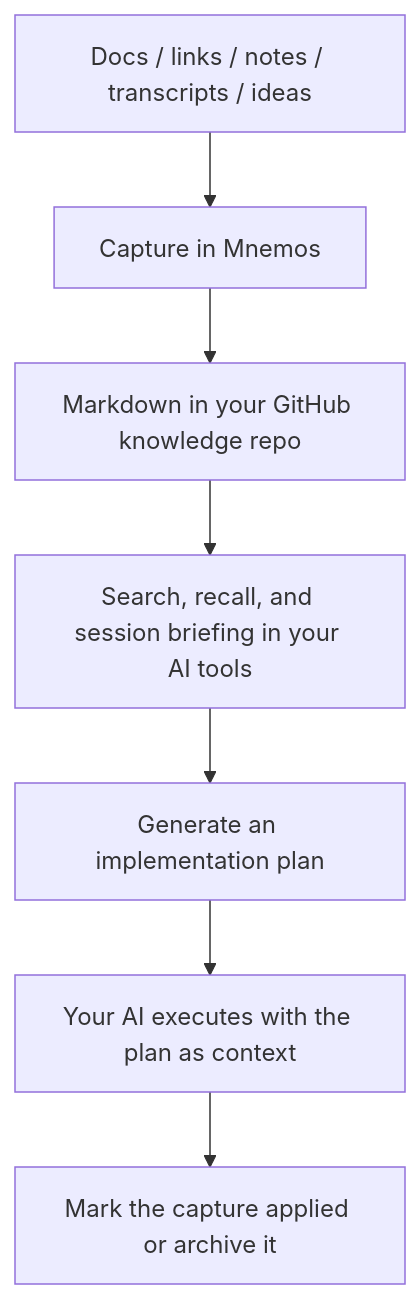
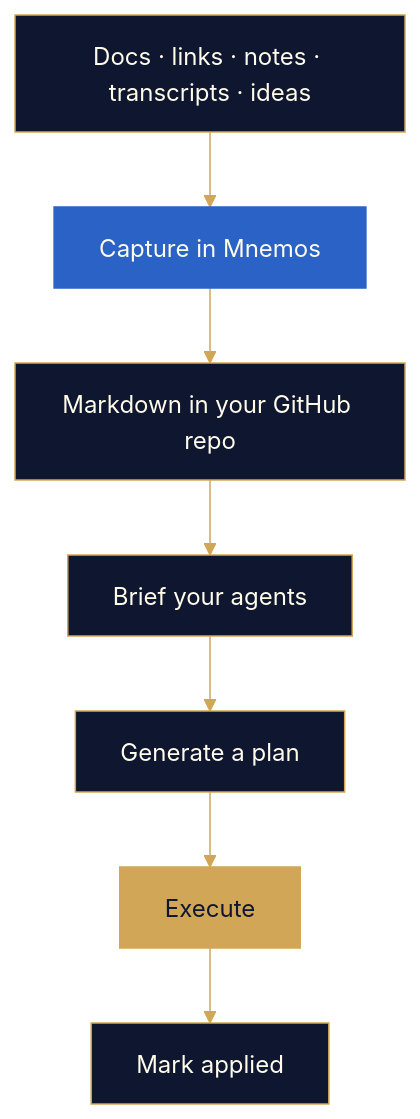
One commit to Soph20/mnemos-capture changed the second of 2 diagrams in README.md. Above: the diagram before and after it, drawn with Mermaid. The commit also changed other lines of this file and 2 other files, not shown here.

First line of the commit message:
Polish README: AI agents copy, brand mark, quieter layout

````diff
--- a/README.md
+++ b/README.md
@@ -163,9 +158,18 @@
 ```mermaid
+%%{init: {'theme': 'base', 'themeVariables': { 'fontFamily': 'ui-sans-serif, system-ui, sans-serif', 'primaryColor': '#0F162F', 'primaryTextColor': '#FFFCEB', 'primaryBorderColor': '#D2A657', 'lineColor': '#D2A657'}}}%%
 flowchart TD
-    A["Docs / links / notes / transcripts / ideas"] --> B["Capture in Mnemos"]
-    B --> C["Markdown in your GitHub knowledge repo"]
-    C --> D["Search, recall, and session briefing in your AI tools"]
-    D --> E["Generate an implementation plan"]
-    E --> F["Your AI executes with the plan as context"]
-    F --> G["Mark the capture applied or archive it"]
+  A["Docs · links · notes · transcripts · ideas"] --> B["Capture in Mnemos"]
+  B --> C["Markdown in your GitHub repo"]
+  C --> D["Brief your agents"]
+  D --> E["Generate a plan"]
+  E --> F["Execute"]
+  F --> G["Mark applied"]
+
+  style A fill:#0F162F,stroke:#D2A657,color:#FFFCEB
+  style B fill:#2A62C6,stroke:#2A62C6,color:#FFFCEB
+  style C fill:#0F162F,stroke:#D2A657,color:#FFFCEB
+  style D fill:#0F162F,stroke:#D2A657,color:#FFFCEB
+  style E fill:#0F162F,stroke:#D2A657,color:#FFFCEB
+  style F fill:#D2A657,stroke:#D2A657,color:#0F162F
+  style G fill:#0F162F,stroke:#D2A657,color:#FFFCEB
 ```
````
